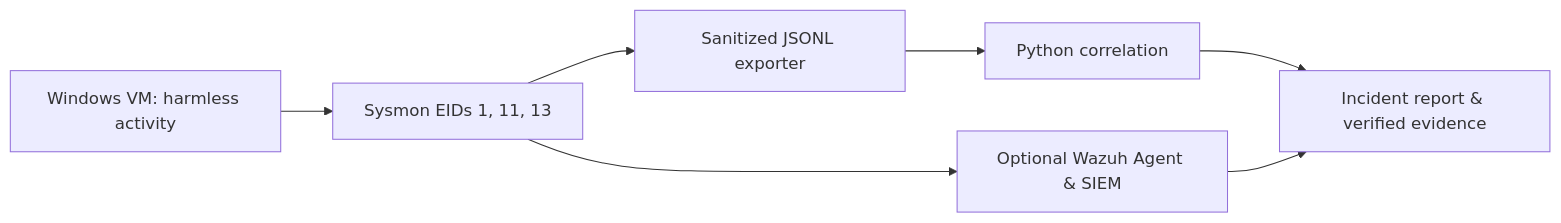
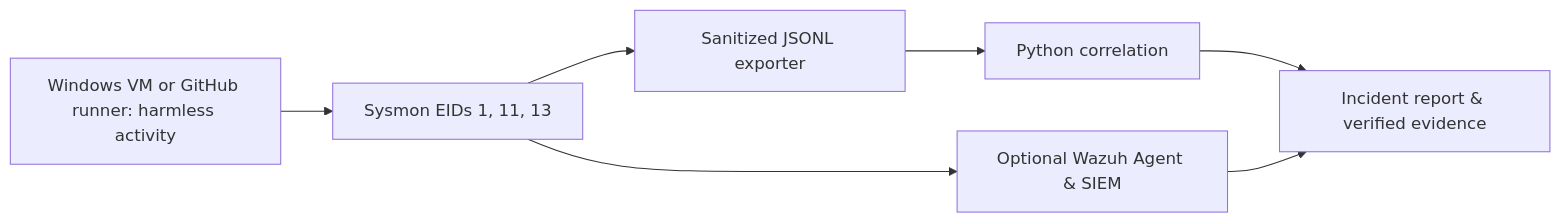
The diagram in PROJECTS/intermediate/msil-screenlocker-detection-lab/README.md (tahazitan/Cybersecurity-Projects), drawn with Mermaid before and after one commit. The commit also changed other lines of this file and 6 other files, not shown here.

Commit message:
Add verified Windows Sysmon capture evidence, 11 tests, and updated documentation

````diff
--- a/PROJECTS/intermediate/msil-screenlocker-detection-lab/README.md
+++ b/PROJECTS/intermediate/msil-screenlocker-detection-lab/README.md
@@ -13,9 +13,9 @@
 ```mermaid
 flowchart LR
-  A[Windows VM: harmless activity] --> B[Sysmon EIDs 1, 11, 13]
+  A[Windows VM or GitHub runner: harmless activity] --> B[Sysmon EIDs 1, 11, 13]
   B --> C[Sanitized JSONL exporter]
   C --> D[Python correlation]
   B --> E[Optional Wazuh Agent & SIEM]
   D --> F[Incident report & verified evidence]
   E --> F
 ```
````
